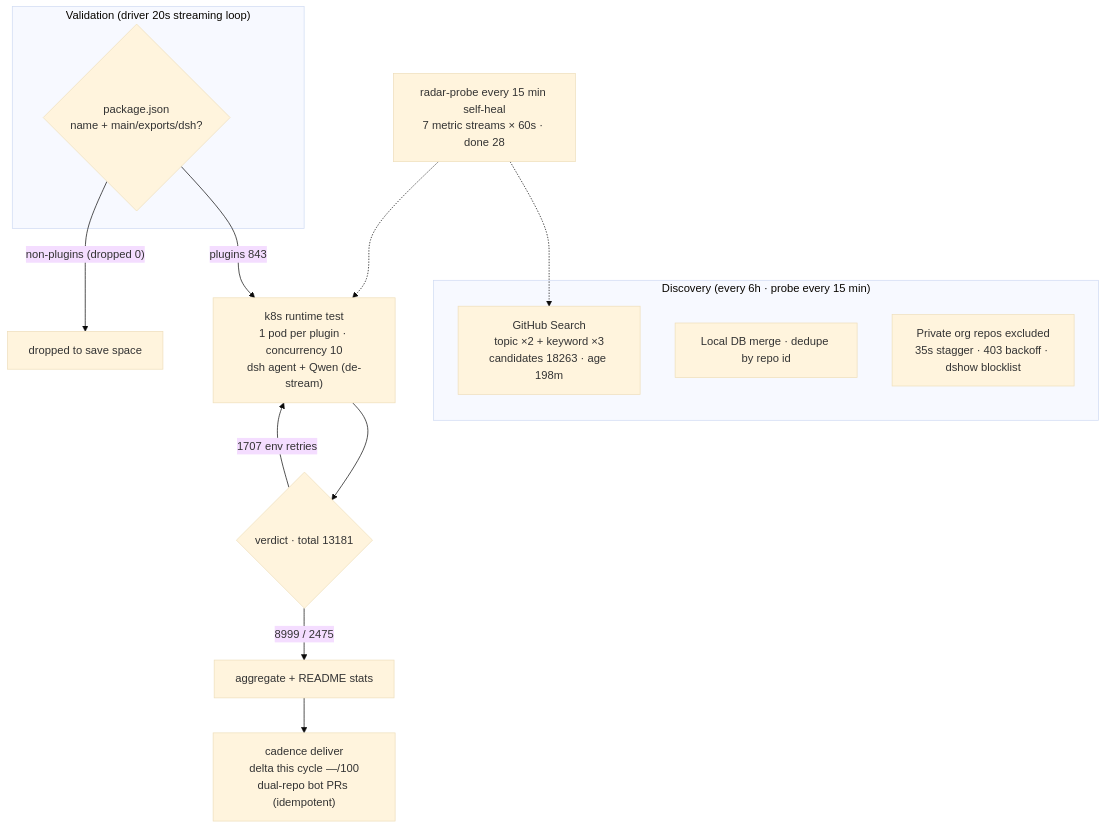
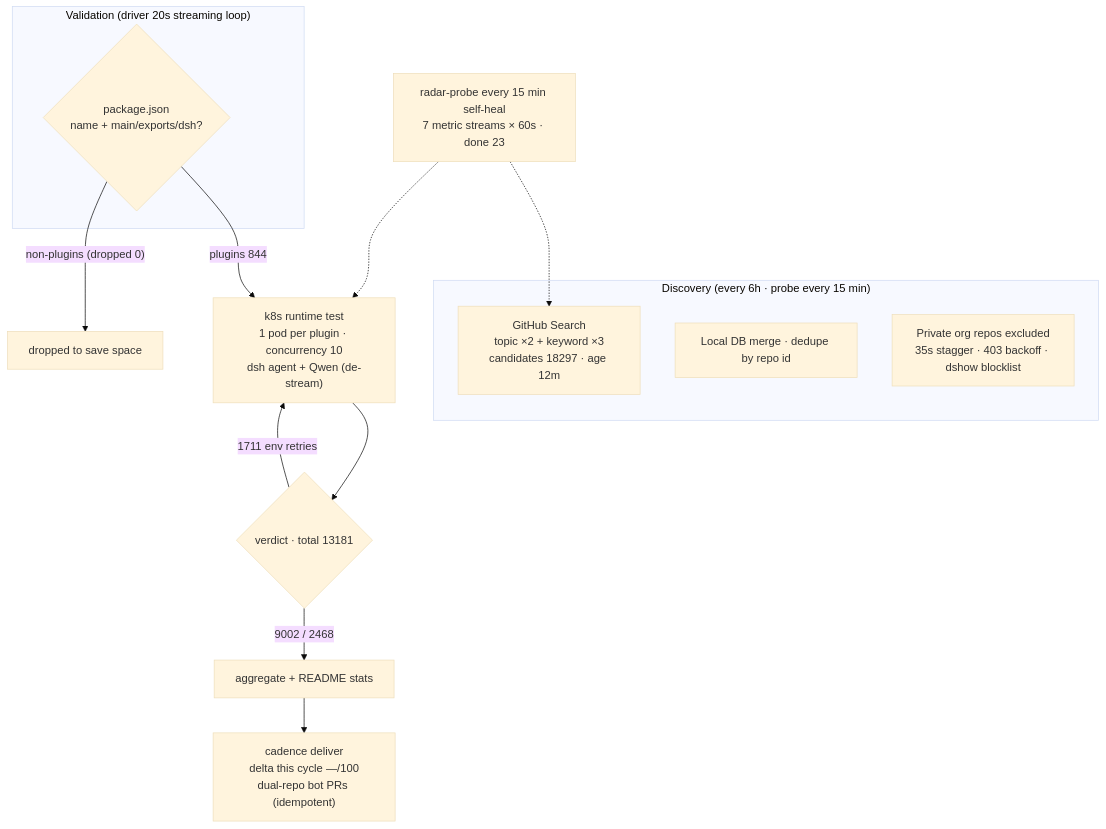
Before and after one commit to AdamPlatin123/awesome-dsh-plugins: the diagram in README.en-US.md, drawn with Mermaid (base theme). The commit also changed other lines of this file and 5 other files, not shown here.

````diff
--- a/README.en-US.md
+++ b/README.en-US.md
@@ -45,20 +45,20 @@
 ```mermaid
 flowchart TB
     subgraph Discovery["Discovery (every 6h · probe every 15 min)"]
-        A1["GitHub Search<br/>topic ×2 + keyword ×3<br/>candidates 18263 · age 198m"]
+        A1["GitHub Search<br/>topic ×2 + keyword ×3<br/>candidates 18297 · age 12m"]
         A2["Local DB merge · dedupe by repo id"]
         A3["Private org repos excluded<br/>35s stagger · 403 backoff · dshow blocklist"]
     end
     subgraph Validation["Validation (driver 20s streaming loop)"]
         B1{"package.json<br/>name + main/exports/dsh?"}
     end
-    B1 -->|"plugins 843"| C1["k8s runtime test<br/>1 pod per plugin · concurrency 10<br/>dsh agent + Qwen (de-stream)"]
+    B1 -->|"plugins 844"| C1["k8s runtime test<br/>1 pod per plugin · concurrency 10<br/>dsh agent + Qwen (de-stream)"]
     B1 -->|"non-plugins (dropped 0)"| B3["dropped to save space"]
     C1 --> D1{"verdict · total 13181"}
-    D1 -->|"8999 / 2475"| E1["aggregate + README stats"]
-    D1 -->|"1707 env retries"| C1
+    D1 -->|"9002 / 2468"| E1["aggregate + README stats"]
+    D1 -->|"1711 env retries"| C1
     E1 --> E2["cadence deliver<br/>delta this cycle —/100<br/>dual-repo bot PRs (idempotent)"]
-    M["radar-probe every 15 min self-heal<br/>7 metric streams × 60s · done 28"]
+    M["radar-probe every 15 min self-heal<br/>7 metric streams × 60s · done 23"]
     M -.-> A1
     M -.-> C1
 ```
````
